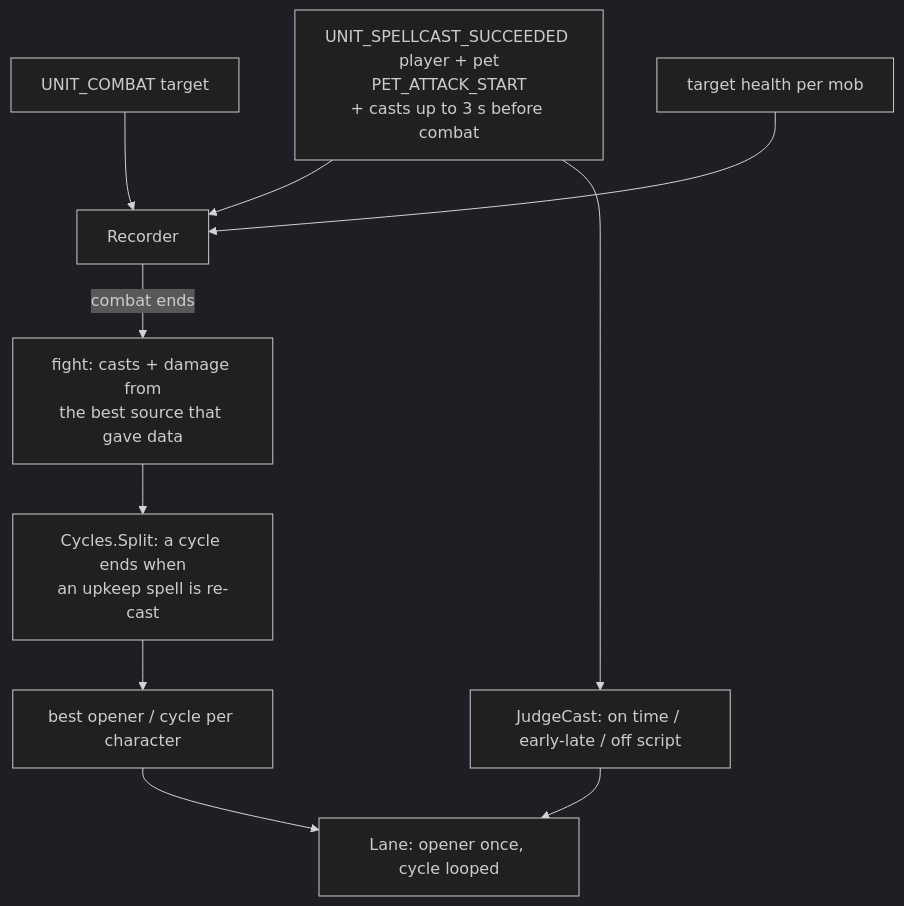
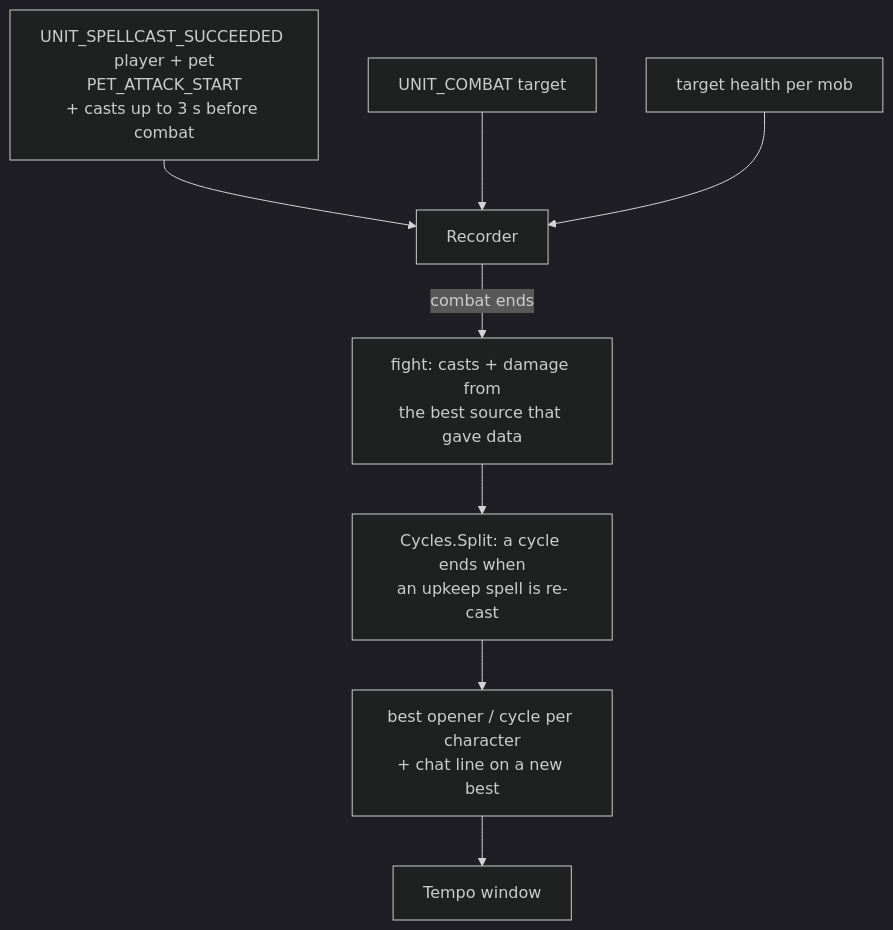
One commit to PhillypHenning/grimoire changed the second of 2 diagrams in docs/features/tempo/README.md. Above: the diagram before and after it, drawn with Mermaid (dark theme). The commit also changed other lines of this file and 25 other files, not shown here.

First line of the commit message:
Shared button size, Tempo and Prophecy buttons, emote wheel; drop Tempo lane

````diff
--- a/docs/features/tempo/README.md
+++ b/docs/features/tempo/README.md
@@ -22,12 +23,10 @@
 ```mermaid
 flowchart TD
     Casts[UNIT_SPELLCAST_SUCCEEDED player + pet<br/>PET_ATTACK_START<br/>+ casts up to 3 s before combat] --> Rec[Recorder]
     UC[UNIT_COMBAT target] --> Rec
     HP[target health per mob] --> Rec
     Rec -- combat ends --> Fight[fight: casts + damage from<br/>the best source that gave data]
     Fight --> Split[Cycles.Split: a cycle ends when<br/>an upkeep spell is re-cast]
-    Split --> Best[best opener / cycle per character]
-    Best --> Lane[Lane: opener once, cycle looped]
-    Casts --> Judge[JudgeCast: on time / early-late / off script]
-    Judge --> Lane
+    Split --> Best[best opener / cycle per character<br/>+ chat line on a new best]
+    Best --> Window[Tempo window]
 ```
````
